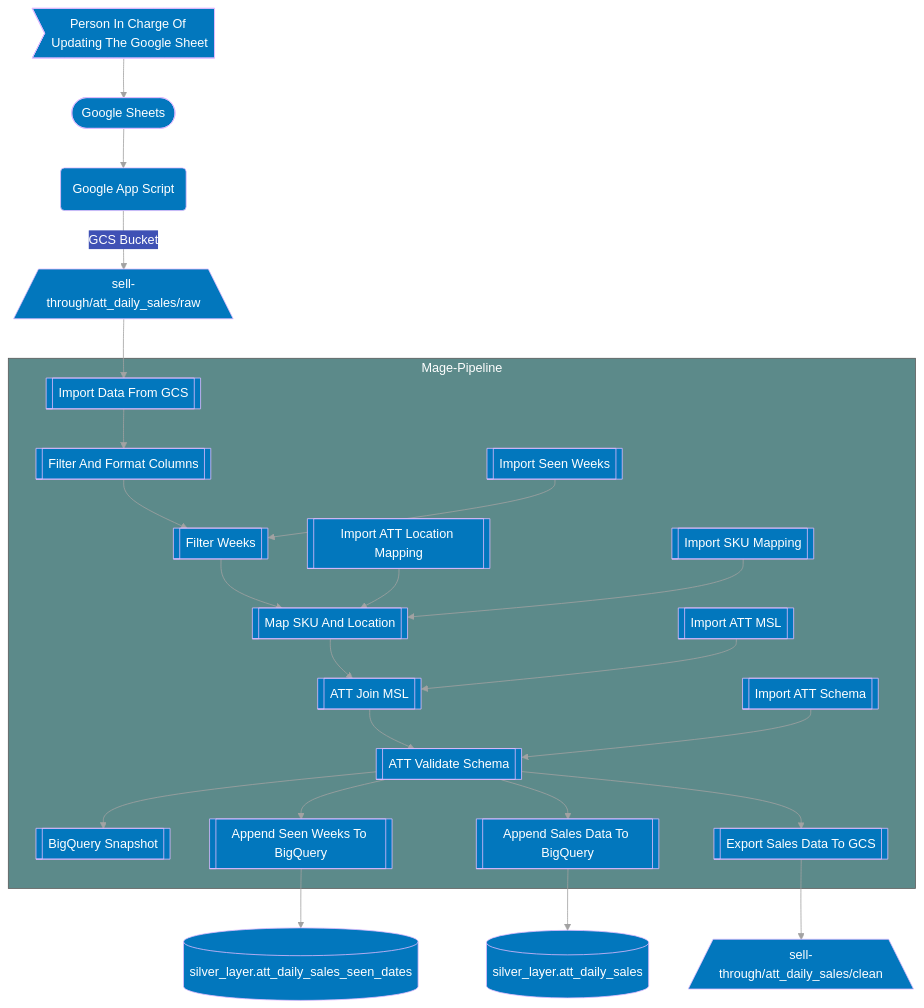
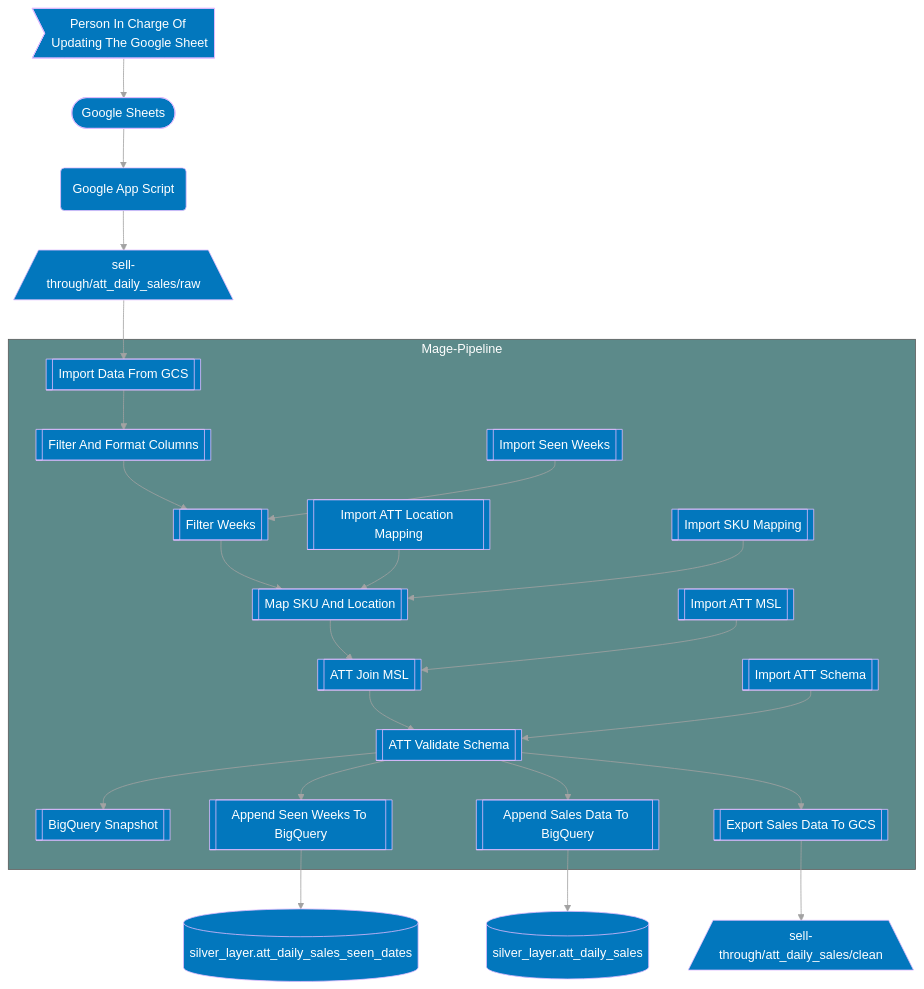
Before and after one commit to CarrierOps/1P-Wiki: the second of 2 diagrams in documentation/pipelines/att.md, drawn with Mermaid. The commit also changed 1 other file, not shown here.

Commit message:
small edits

````diff
--- a/documentation/pipelines/att.md
+++ b/documentation/pipelines/att.md
@@ -78,78 +78,78 @@
 ```mermaid
 flowchart TD
 %%{
   init: {
     'theme': 'base',
     'themeVariables': {
       'primaryColor': '#0277bd',
       'primaryTextColor': '#ffffff',
       'primaryBorderColor': '#e0bbff',
       'lineColor': '#a2a2a2',
       'secondaryColor': '#3f51b5',
       'tertiaryColor': '#5c8a8a',
       'tertiaryTextColor': '#ffffff'
     }
   }
 }%%
 id0>Person In Charge Of Updating The Google Sheet]
 id00([Google Sheets])
 id000(Google App Script)
 id0000[/sell-through/att_daily_sales/raw\]
 id0-->id00
 id00 --> id000
-id000-- GCS Bucket --> id0000
+id000 --> id0000
 id0000-->id1
 
 subgraph Mage-Pipeline
 
 id1[[Import Data From GCS]]
 id2[[Import Seen Weeks]]
 id3[[Import ATT Location Mapping]]
 id4[[Import SKU Mapping]]
 id5[[Import ATT MSL]]
 id6[[Import ATT Schema]]
 
 
 id7[[Filter And Format Columns]]
 id1-->id7
 
 id8[[Filter Weeks]]
 id7--> id8
 id2--> id8
 id9[[Map SKU And Location]]
 id8-->id9
 id3-->id9
 id4-->id9
 id10[[ATT Join MSL]]
 
 id9--> id10
 id5--> id10
 
 id11[[ATT Validate Schema]]
 id10-->id11
 id6-->id11
 
 id12[[BigQuery Snapshot]]
 id13[[Append Seen Weeks To BigQuery]]
 id14[[Append Sales Data To BigQuery]]
 id15[[Export Sales Data To GCS]]
 
 
 id11-->id12
 id11-->id13
 id11-->id14
 id11-->id15
 
 
 end
 
 id16[(silver_layer.att_daily_sales)]
 id17[(silver_layer.att_daily_sales_seen_dates)]
 id18[/sell-through/att_daily_sales/clean\]
 
 id13-->id17
 id14-->id16
 id15-->id18
 
 
 ```
````
